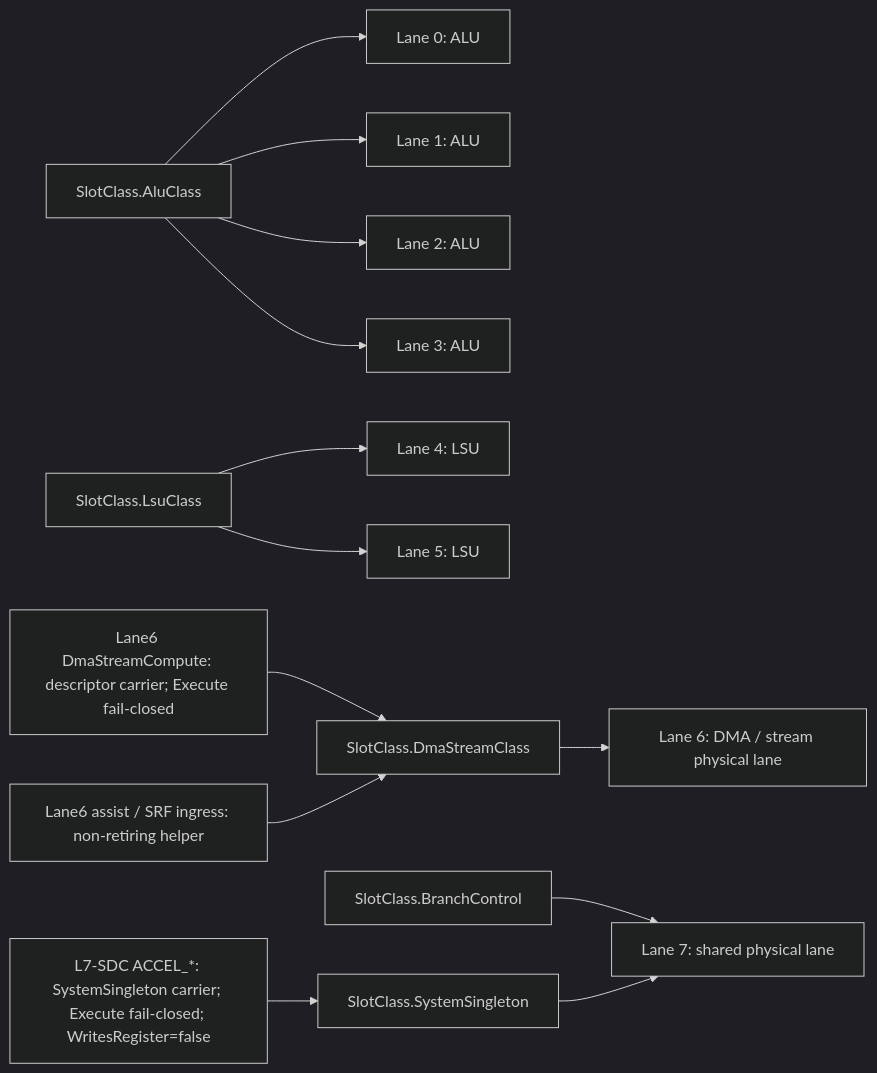
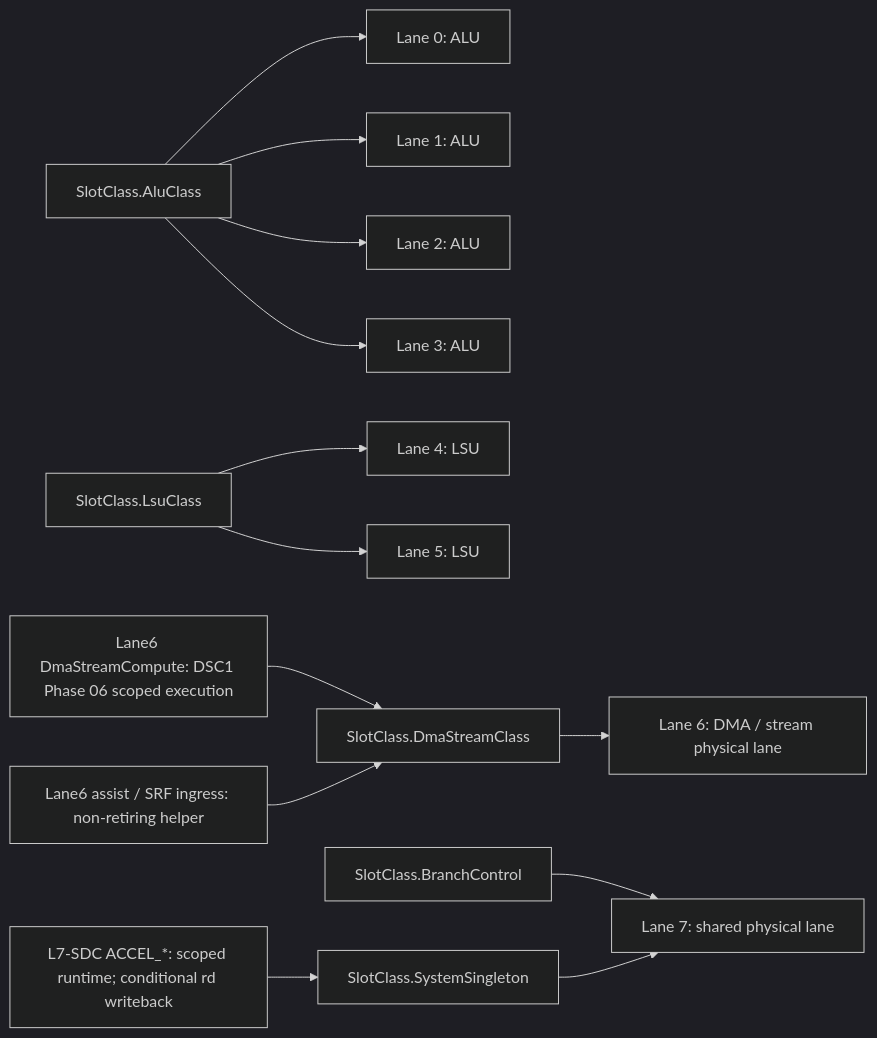
Before and after one commit to yuriyyak23/HybridCPU-v2: the first of 15 diagrams in README.md, drawn with Mermaid (dark theme). The commit also changed other lines of this file and 1360 other files, not shown here.

````diff
--- a/README.md
+++ b/README.md
@@ -198,15 +224,15 @@
 ```mermaid
 flowchart LR
     ALU["SlotClass.AluClass"] --> L0["Lane 0: ALU"]
     ALU --> L1["Lane 1: ALU"]
     ALU --> L2["Lane 2: ALU"]
     ALU --> L3["Lane 3: ALU"]
     LSU["SlotClass.LsuClass"] --> L4["Lane 4: LSU"]
     LSU --> L5["Lane 5: LSU"]
     DMA["SlotClass.DmaStreamClass"] --> L6["Lane 6: DMA / stream physical lane"]
-    DSC["Lane6 DmaStreamCompute: descriptor carrier; Execute fail-closed"] --> DMA
+    DSC["Lane6 DmaStreamCompute: DSC1 Phase 06 scoped execution"] --> DMA
     ASSIST6["Lane6 assist / SRF ingress: non-retiring helper"] --> DMA
     BR["SlotClass.BranchControl"] --> L7["Lane 7: shared physical lane"]
     SYS["SlotClass.SystemSingleton"] --> L7
-    L7SDC["L7-SDC ACCEL_*: SystemSingleton carrier; Execute fail-closed; WritesRegister=false"] --> SYS
+    L7SDC["L7-SDC ACCEL_*: scoped runtime; conditional rd writeback"] --> SYS
 ```
````
